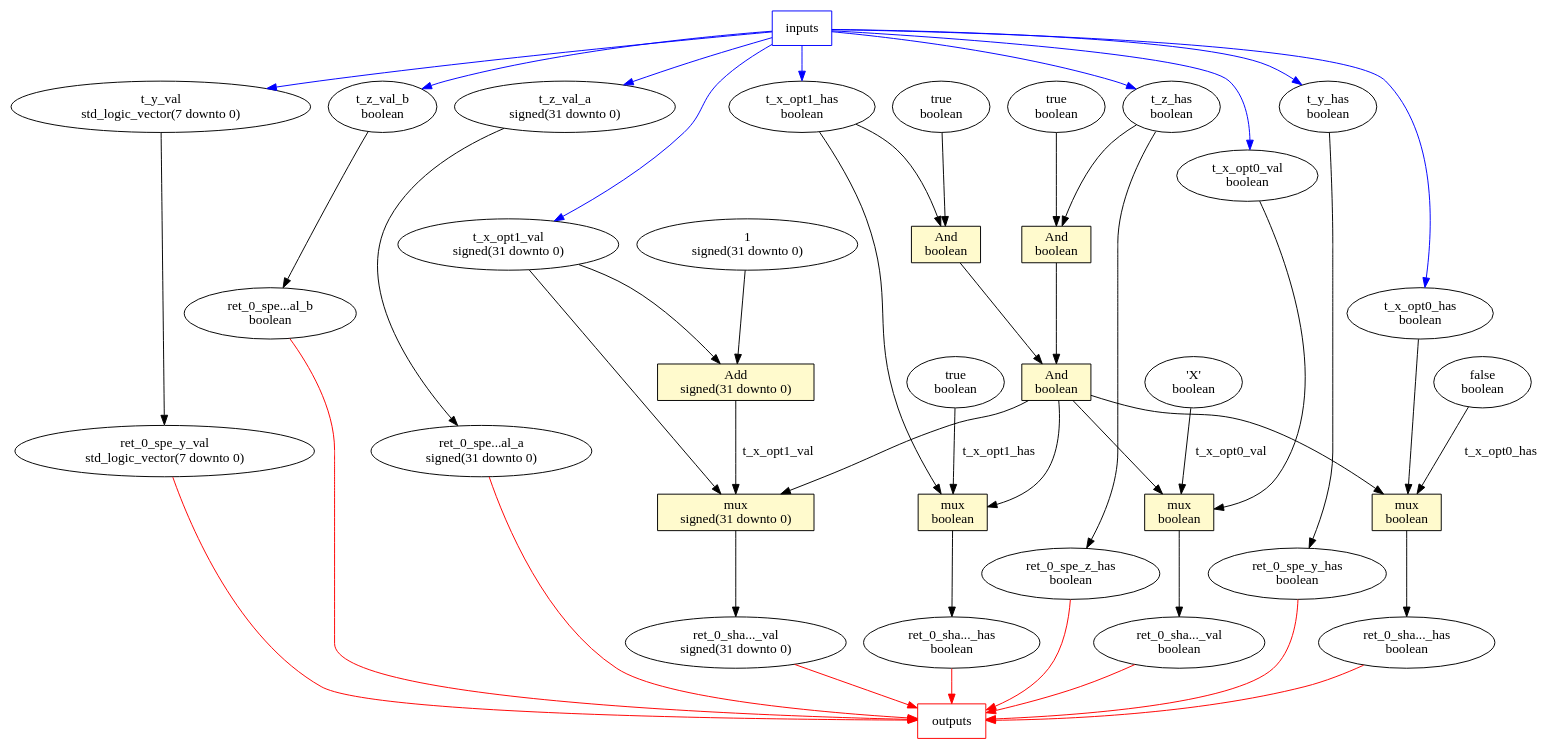
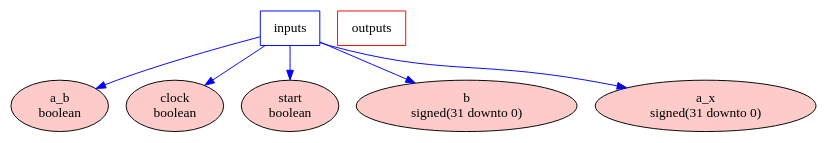
Before and after one commit to BaptP/Whiley2VHDLCompiler: the diagram in running/gr.dot, drawn with Graphviz. The commit also changed 4 other files, not shown here.

```diff
--- a/running/gr.dot
+++ b/running/gr.dot
@@ -1,84 +1,39 @@
 digraph {
+subgraph clouster_0{
+label = FunctionBlock;
+color=blue;
+subgraph clouster_1{
+label = ComputationBlock;
+color=blue;
+subgraph clouster_2{
+label = GraphBlock;
+color=blue;
+  n1 [label="a_b\nboolean", style=filled, fillcolor="0.0 0.2 0.999"];
+  n2 [label="clock\nboolean", style=filled, fillcolor="0.0 0.2 0.999"];
+  n3 [label="start\nboolean", style=filled, fillcolor="0.0 0.2 0.999"];
+  n4 [label="b\nsigned(31 downto 0)", style=filled, fillcolor="0.0 0.2 0.999"];
+  n5 [label="a_x\nsigned(31 downto 0)", style=filled, fillcolor="0.0 0.2 0.999"];
+}
+}
+subgraph clouster_3{
+label = ComputationBlock;
+color=blue;
+}
+subgraph clouster_4{
+label = ComputationBlock;
+color=blue;
+subgraph clouster_5{
+label = GraphBlock;
+color=blue;
+}
+}
+}
   inp [label="inputs",color=blue,shape=box];
-  n1 [label="ret_0_spe_y_val\nstd_logic_vector(7 downto 0)"];
-  n2 [label="ret_0_spe_z_has\nboolean"];
-  n3 [label="false\nboolean"];
-  n4 [label="ret_0_spe...al_b\nboolean"];
-  n5 [label="1\nsigned(31 downto 0)"];
-  n6 [label="ret_0_spe...al_a\nsigned(31 downto 0)"];
-  n7 [label="true\nboolean"];
-  n8 [label="t_y_val\nstd_logic_vector(7 downto 0)"];
-  n9 [label="mux\nboolean",shape="rectangle",style=filled,fillcolor=lemonchiffon];
-  n10 [label="t_x_opt1_has\nboolean"];
-  n11 [label="mux\nboolean",shape="rectangle",style=filled,fillcolor=lemonchiffon];
-  n12 [label="Add\nsigned(31 downto 0)",shape="rectangle",style=filled,fillcolor=lemonchiffon];
-  n13 [label="ret_0_sha..._val\nsigned(31 downto 0)"];
-  n14 [label="ret_0_sha..._val\nboolean"];
-  n15 [label="And\nboolean",shape="rectangle",style=filled,fillcolor=lemonchiffon];
-  n16 [label="ret_0_sha..._has\nboolean"];
-  n17 [label="And\nboolean",shape="rectangle",style=filled,fillcolor=lemonchiffon];
-  n18 [label="ret_0_spe_y_has\nboolean"];
-  n19 [label="t_x_opt1_val\nsigned(31 downto 0)"];
-  n20 [label="t_x_opt0_has\nboolean"];
-  n21 [label="t_x_opt0_val\nboolean"];
-  n22 [label="t_z_val_b\nboolean"];
-  n23 [label="t_y_has\nboolean"];
-  n24 [label="And\nboolean",shape="rectangle",style=filled,fillcolor=lemonchiffon];
-  n25 [label="mux\nsigned(31 downto 0)",shape="rectangle",style=filled,fillcolor=lemonchiffon];
-  n26 [label="t_z_val_a\nsigned(31 downto 0)"];
-  n27 [label="t_z_has\nboolean"];
-  n28 [label="true\nboolean"];
-  n29 [label="ret_0_sha..._has\nboolean"];
-  n30 [label="true\nboolean"];
-  n31 [label="mux\nboolean",shape="rectangle",style=filled,fillcolor=lemonchiffon];
-  n32 [label="'X'\nboolean"];
   out [label="outputs",color=red,shape=box];
 
-  inp -> n20 [color=blue];
-  inp -> n21 [color=blue];
-  inp -> n10 [color=blue];
-  inp -> n19 [color=blue];
-  inp -> n23 [color=blue];
-  inp -> n8 [color=blue];
-  inp -> n27 [color=blue];
-  inp -> n26 [color=blue];
-  inp -> n22 [color=blue];
-  n23 -> n18[label=""];
-  n17 -> n25[label=""];
-  n27 -> n24[label=""];
-  n31 -> n29[label=""];
-  n5 -> n12[label=""];
-  n25 -> n13[label=""];
-  n19 -> n12[label=""];
-  n30 -> n24[label=""];
-  n8 -> n1[label=""];
-  n3 -> n31[label="t_x_opt0_has"];
-  n10 -> n9[label=""];
-  n19 -> n25[label=""];
-  n24 -> n17[label=""];
-  n22 -> n4[label=""];
-  n32 -> n11[label="t_x_opt0_val"];
-  n12 -> n25[label="t_x_opt1_val"];
-  n10 -> n15[label=""];
-  n11 -> n14[label=""];
-  n17 -> n31[label=""];
-  n21 -> n11[label=""];
-  n26 -> n6[label=""];
-  n7 -> n15[label=""];
-  n27 -> n2[label=""];
-  n9 -> n16[label=""];
-  n28 -> n9[label="t_x_opt1_has"];
-  n15 -> n17[label=""];
-  n20 -> n31[label=""];
-  n17 -> n11[label=""];
-  n17 -> n9[label=""];
-  n29 -> out [color=red];
-  n14 -> out [color=red];
-  n16 -> out [color=red];
-  n13 -> out [color=red];
-  n18 -> out [color=red];
-  n1 -> out [color=red];
-  n2 -> out [color=red];
-  n6 -> out [color=red];
-  n4 -> out [color=red];
+  inp -> n2 [color=blue];
+  inp -> n3 [color=blue];
+  inp -> n1 [color=blue];
+  inp -> n5 [color=blue];
+  inp -> n4 [color=blue];
 }
```
